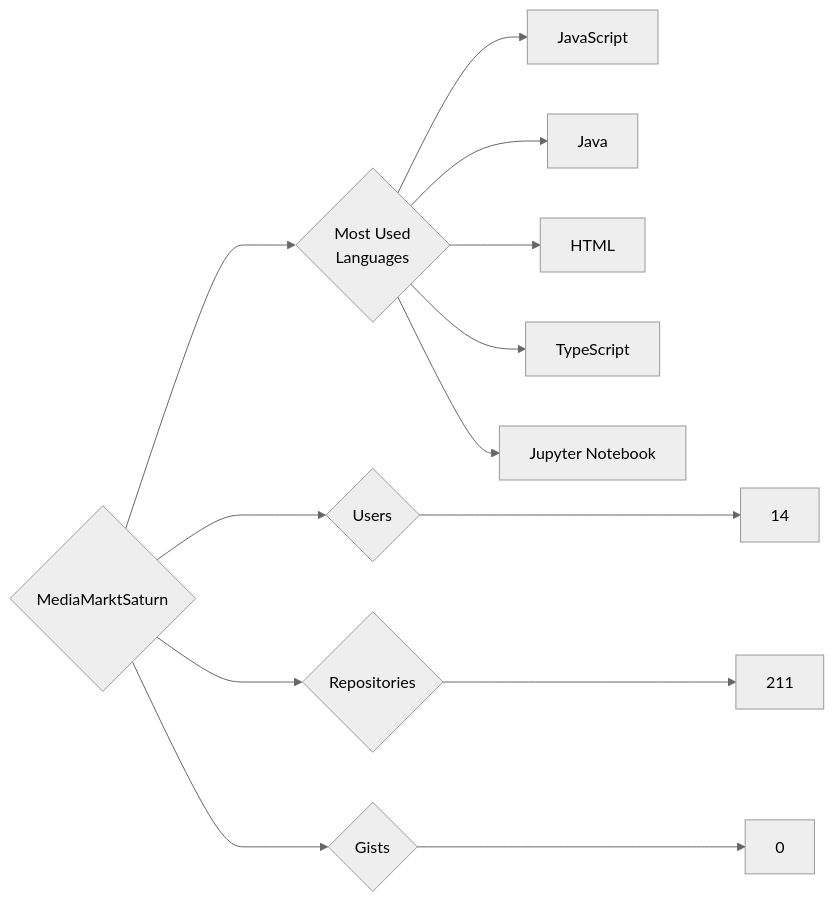
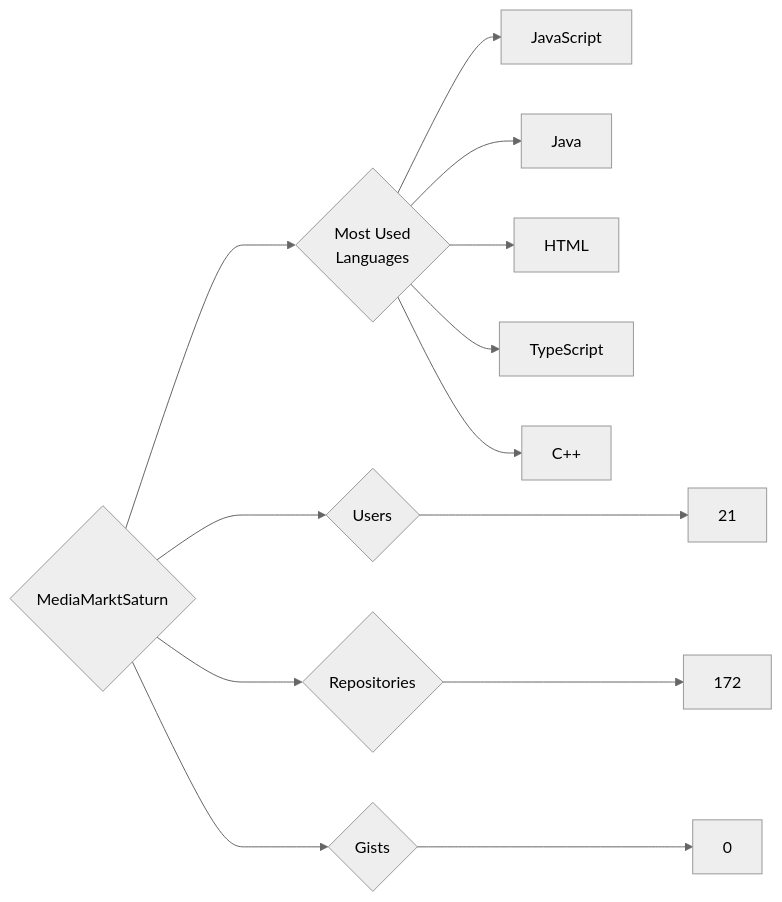
The diagram in targets/MediaMarktSaturn/README.md (trickest/insiders), drawn with Mermaid (neutral theme) before and after one commit. The commit also changed 932 other files, not shown here.

````diff
--- a/targets/MediaMarktSaturn/README.md
+++ b/targets/MediaMarktSaturn/README.md
@@ -3,13 +3,13 @@
 ```mermaid
 graph LR
 COMPANY_NAME{MediaMarktSaturn}
-COMPANY_NAME ---> U{Users} ---> UN[14]
-COMPANY_NAME ---> R{Repositories} ---> RN[211]
+COMPANY_NAME ---> U{Users} ---> UN[21]
+COMPANY_NAME ---> R{Repositories} ---> RN[172]
 COMPANY_NAME ---> G{Gists} ---> GN[0]
 COMPANY_NAME ---> ML{Most Used<br>Languages}
 ML --> JavaScript[JavaScript]
 ML --> Java[Java]
 ML --> HTML[HTML]
 ML --> TypeScript[TypeScript]
-ML --> Jupyter_Notebook[Jupyter Notebook]
+ML --> C++[C++]
 ```
````
